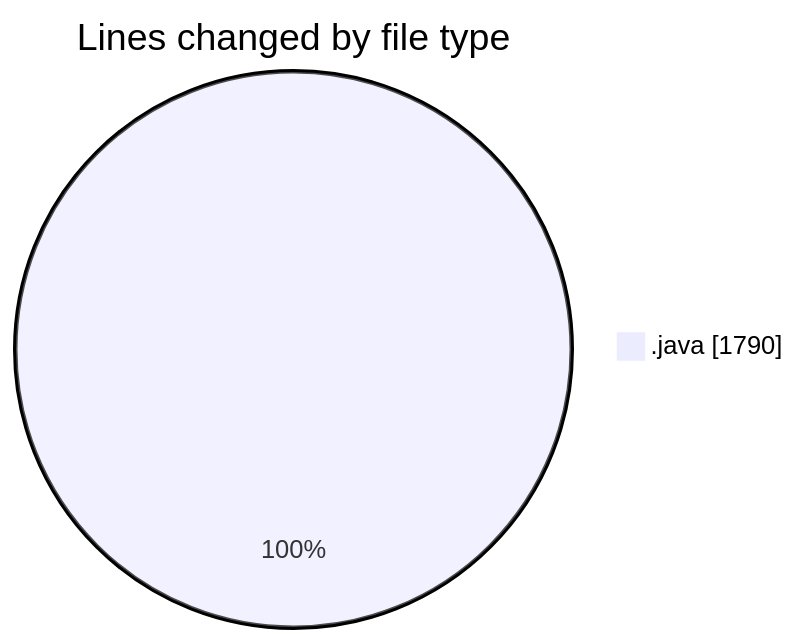
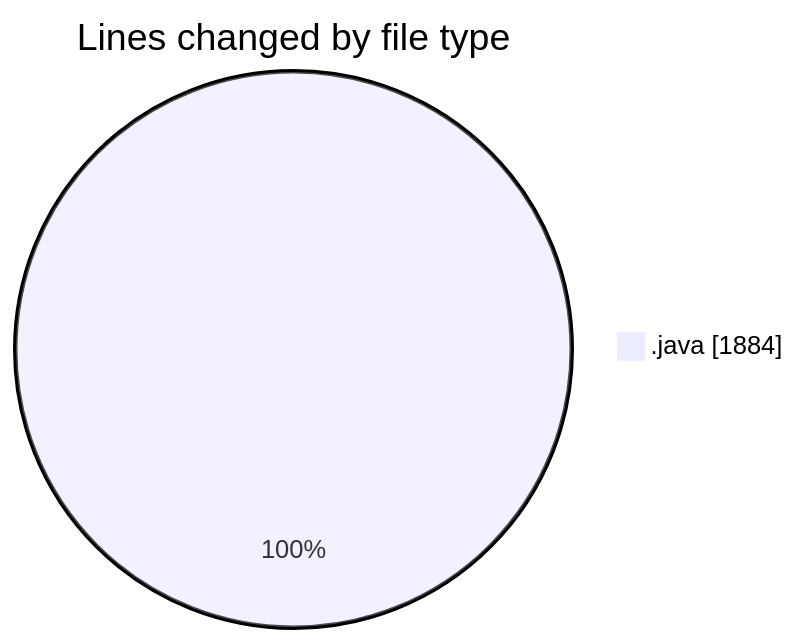
The first of 2 diagrams in 2025-03-19/jmasm/README.md (charlie-sans/code-tracking), drawn with Mermaid before and after one commit. The commit also changed other lines of this file and 1 other file, not shown here.

````diff
--- a/2025-03-19/jmasm/README.md
+++ b/2025-03-19/jmasm/README.md
@@ -23,5 +23,5 @@
 ```mermaid
 pie showData
 title Lines changed by file type
-".java" : 1790
+".java" : 1884
 ```
````
